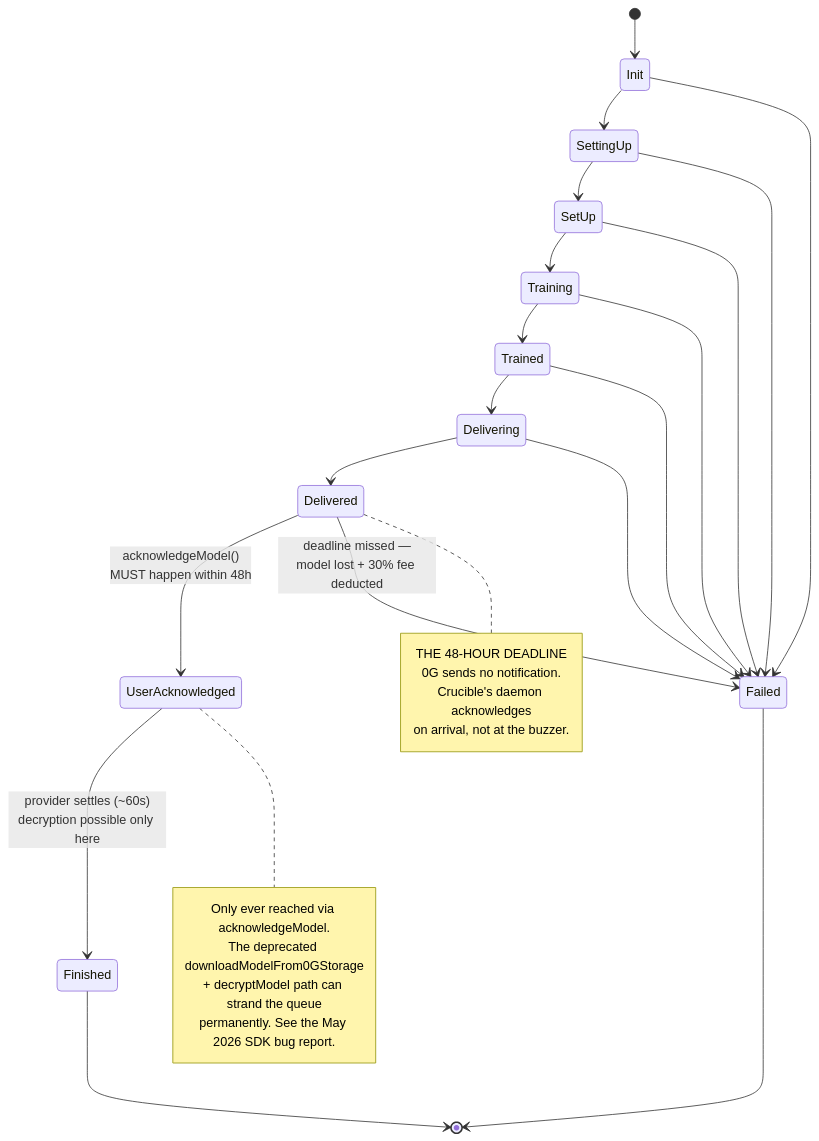
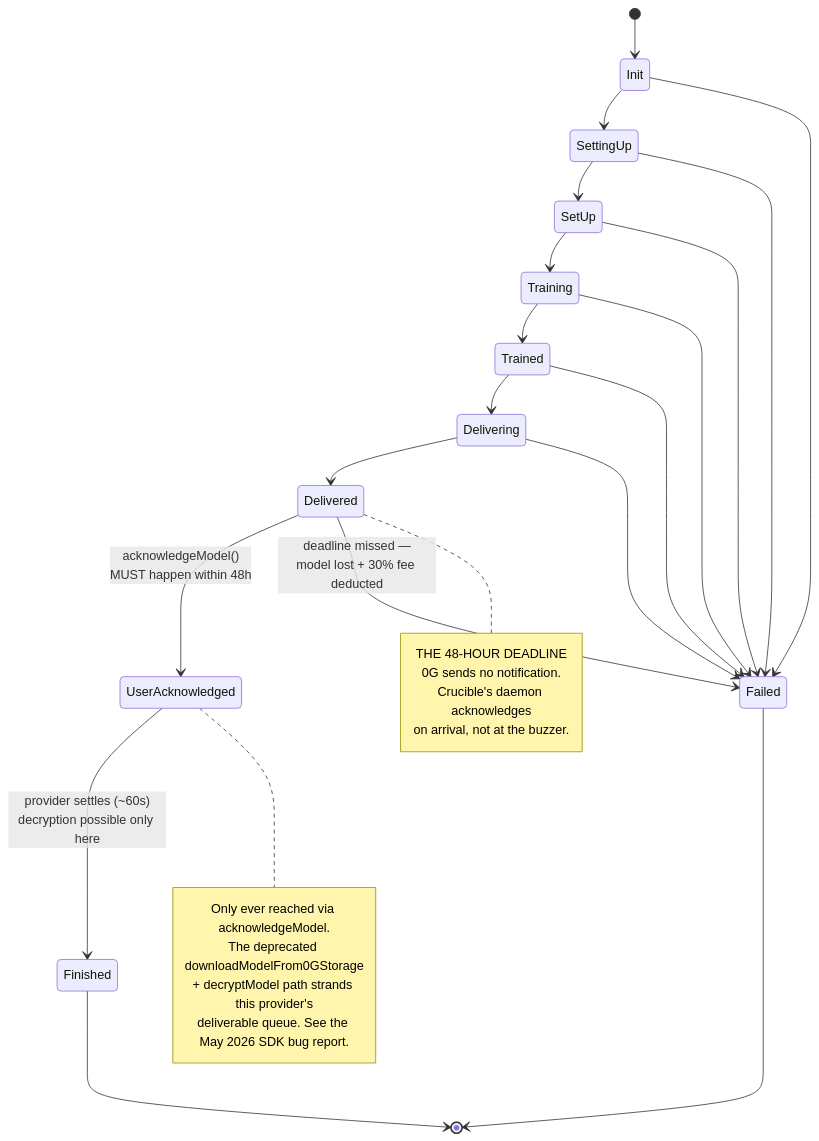
Before and after one commit to Professional50coder/crucible: the third of 3 diagrams in submission/ARCHITECTURE.md, drawn with Mermaid. The commit also changed 7 other files, not shown here.

````diff
--- a/submission/ARCHITECTURE.md
+++ b/submission/ARCHITECTURE.md
@@ -125,38 +125,38 @@
 ```mermaid
 stateDiagram-v2
     direction TB
     [*] --> Init
     Init --> SettingUp
     SettingUp --> SetUp
     SetUp --> Training
     Training --> Trained
     Trained --> Delivering
     Delivering --> Delivered
 
     Delivered --> UserAcknowledged : acknowledgeModel()<br/>MUST happen within 48h
     Delivered --> Failed : deadline missed —<br/>model lost + 30% fee deducted
     UserAcknowledged --> Finished : provider settles (~60s)<br/>decryption possible only here
     Finished --> [*]
 
     Init --> Failed
     SettingUp --> Failed
     SetUp --> Failed
     Training --> Failed
     Trained --> Failed
     Delivering --> Failed
     Failed --> [*]
 
     note right of Delivered
         THE 48-HOUR DEADLINE
         0G sends no notification.
         Crucible's daemon acknowledges
         on arrival, not at the buzzer.
     end note
 
     note right of UserAcknowledged
         Only ever reached via acknowledgeModel.
         The deprecated downloadModelFrom0GStorage
-        + decryptModel path can strand the queue
-        permanently. See the May 2026 SDK bug report.
+        + decryptModel path strands this provider's
+        deliverable queue. See the May 2026 SDK bug report.
     end note
 ```
````
